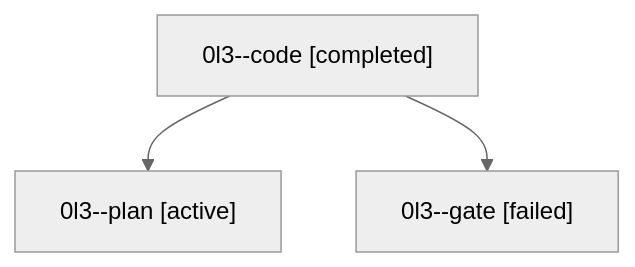
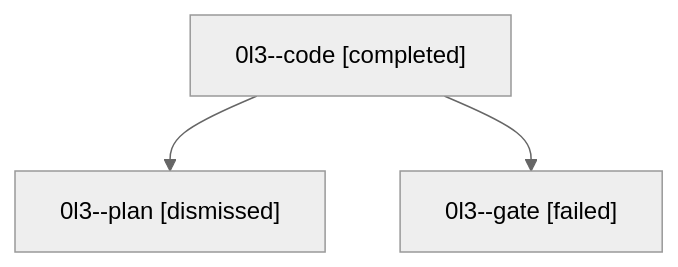
One commit to sase-org/sase--agents changed the diagram in sessions/bbugyi200.athena.0l3.md. Above: the diagram before and after it, drawn with Mermaid (neutral theme). The commit also changed other lines of this file and 50 other files, not shown here.

````diff
--- a/sessions/bbugyi200.athena.0l3.md
+++ b/sessions/bbugyi200.athena.0l3.md
@@ -9,8 +9,8 @@
 ```mermaid
 flowchart TD
   n0["0l3--code [completed]"]
-  n1["0l3--plan [active]"]
+  n1["0l3--plan [dismissed]"]
   n0 --> n1
   n2["0l3--gate [failed]"]
   n0 --> n2
 ```
````
